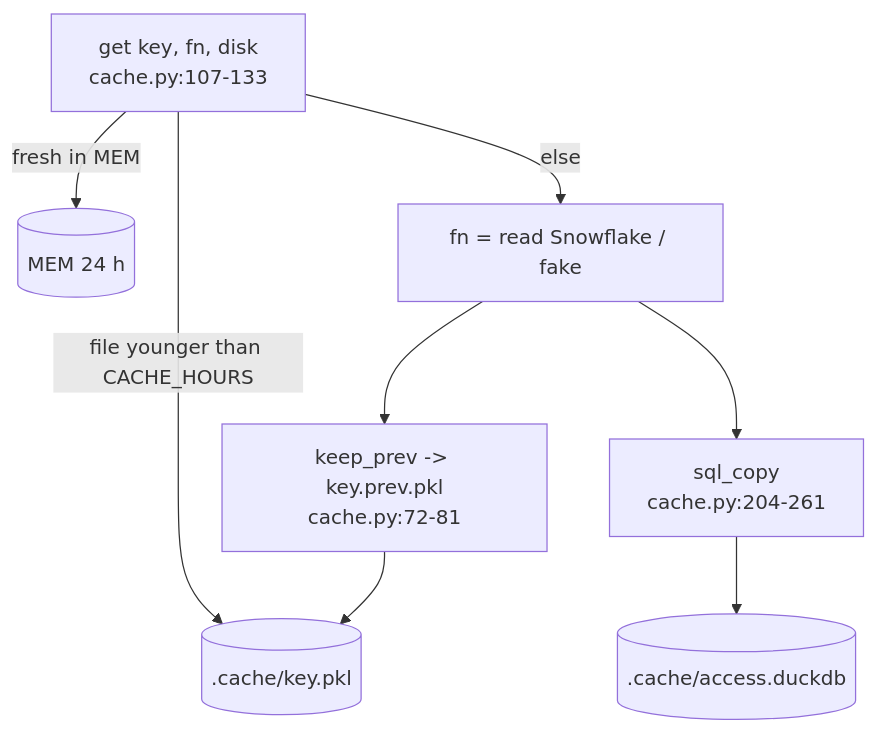
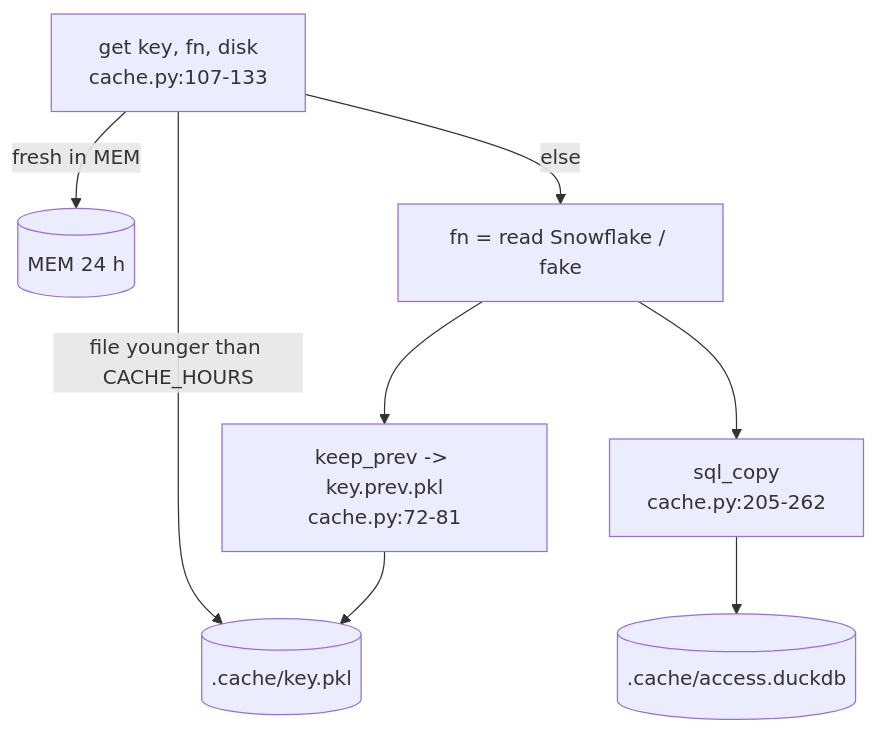
Before and after one commit to darshanmeel/snowflake-access-explorer: the diagram in snowflake-access-explorer-knowledge-graph/modules/cache.md, drawn with Mermaid. The commit also changed other lines of this file and 88 other files, not shown here.

First line of the commit message:
Knowledge graph and docs for the access log; per-day charts by user, role, client, statement, R/W/DDL, object kind

````diff
--- a/snowflake-access-explorer-knowledge-graph/modules/cache.md
+++ b/snowflake-access-explorer-knowledge-graph/modules/cache.md
@@ -6,10 +6,10 @@
 ```mermaid
 flowchart TD
   G[get key, fn, disk<br/>cache.py:107-133] -->|fresh in MEM| M[(MEM 24 h)]
   G -->|file younger than CACHE_HOURS| P[(.cache/key.pkl)]
   G -->|else| FN[fn = read Snowflake / fake]
-  FN --> SQ[sql_copy<br/>cache.py:204-261]
+  FN --> SQ[sql_copy<br/>cache.py:205-262]
   FN --> KP[keep_prev -> key.prev.pkl<br/>cache.py:72-81]
   KP --> P
   SQ --> D[(.cache/access.duckdb)]
 ```
````
